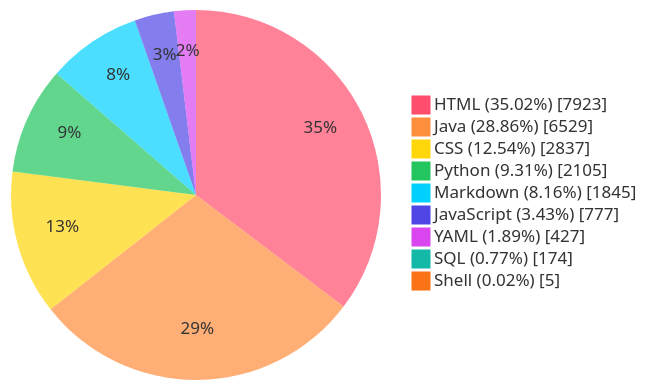
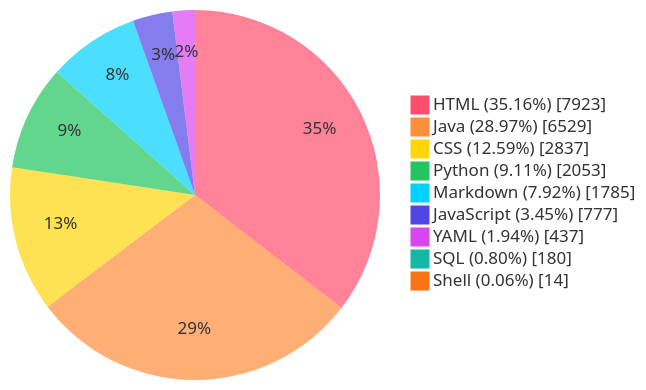
One commit to TheBadRoger/BUCT-Teaching-Aids changed the diagram in README.md. Above: the diagram before and after it, drawn with Mermaid. The commit also changed other lines of this file and 2 other files, not shown here.

Commit message:
chore(stats): auto update README metrics

````diff
--- a/README.md
+++ b/README.md
@@ -40,28 +40,28 @@
 ```mermaid
 %%{init: {'theme':'base','themeVariables': {
   'fontFamily': 'Fira Code, JetBrains Mono, Source Code Pro, Cascadia Code, Menlo, Consolas, monospace',
   'pieStrokeColor': 'transparent',
   'pieStrokeWidth': '0px',
   'pieOuterStrokeWidth': '0px',
   'pie1': '#FF4D6D',
   'pie2': '#FF8E3C',
   'pie3': '#FFD60A',
   'pie4': '#22C55E',
   'pie5': '#00D1FF',
   'pie6': '#4F46E5',
   'pie7': '#D946EF',
   'pie8': '#14B8A6',
   'pie9': '#F97316',
   'pie10': '#A855F7'
 }}}%%
 pie showData
-    "HTML (35.02%)" : 7923
-    "Java (28.86%)" : 6529
-    "CSS (12.54%)" : 2837
-    "Python (9.31%)" : 2105
-    "Markdown (8.16%)" : 1845
-    "JavaScript (3.43%)" : 777
-    "YAML (1.89%)" : 427
-    "SQL (0.77%)" : 174
-    "Shell (0.02%)" : 5
+    "HTML (35.16%)" : 7923
+    "Java (28.97%)" : 6529
+    "CSS (12.59%)" : 2837
+    "Python (9.11%)" : 2053
+    "Markdown (7.92%)" : 1785
+    "JavaScript (3.45%)" : 777
+    "YAML (1.94%)" : 437
+    "SQL (0.80%)" : 180
+    "Shell (0.06%)" : 14
 ```
````
